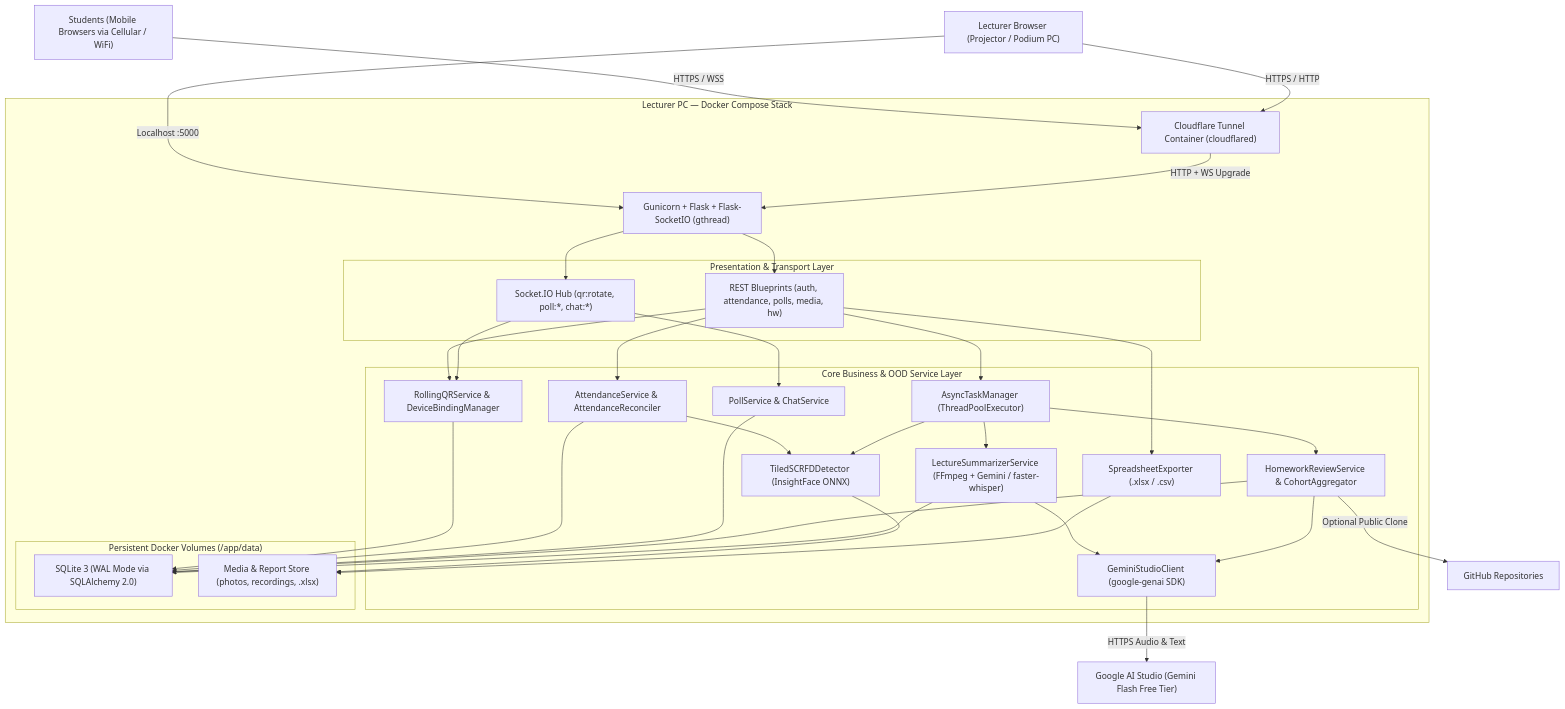
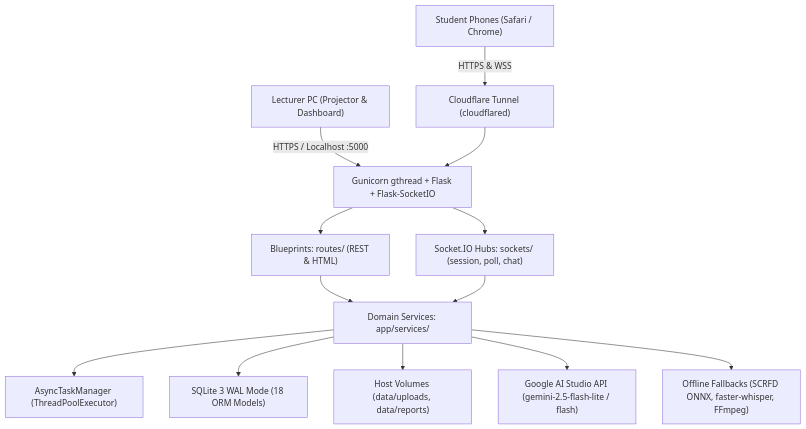
Before and after one commit to ohad-BN/Ex1: the first of 2 diagrams in docs/software_design_and_architecture.md, drawn with Mermaid. The commit also changed other lines of this file and 54 other files, not shown here.

````diff
--- a/docs/software_design_and_architecture.md
+++ b/docs/software_design_and_architecture.md
@@ -13,57 +12,18 @@
 ```mermaid
 flowchart TD
-    Students["Students (Mobile Browsers via Cellular / WiFi)"] -->|HTTPS / WSS| Tunnel["Cloudflare Tunnel Container (cloudflared)"]
-    Lecturer["Lecturer Browser (Projector / Podium PC)"] -->|HTTPS / HTTP| Tunnel
-    Lecturer -->|Localhost :5000| Gunicorn
+    Students["Student Phones (Safari / Chrome)"] -->|HTTPS & WSS| Tunnel["Cloudflare Tunnel (cloudflared)"]
+    Lecturer["Lecturer PC (Projector & Dashboard)"] -->|HTTPS / Localhost :5000| Gunicorn["Gunicorn gthread + Flask + Flask-SocketIO"]
+    Tunnel --> Gunicorn
 
-    subgraph DockerHost["Lecturer PC — Docker Compose Stack"]
-        Tunnel -->|HTTP + WS Upgrade| Gunicorn["Gunicorn + Flask + Flask-SocketIO (gthread)"]
+    Gunicorn --> Routes["Blueprints: routes/ (REST & HTML)"]
+    Gunicorn --> Sockets["Socket.IO Hubs: sockets/ (session, poll, chat)"]
 
-        subgraph WebLayer["Presentation & Transport Layer"]
-            Routes["REST Blueprints (auth, attendance, polls, media, hw)"]
-            Sockets["Socket.IO Hub (qr:rotate, poll:*, chat:*)"]
-        end
+    Routes --> Services["Domain Services: app/services/"]
+    Sockets --> Services
+    Services --> Tasks["AsyncTaskManager (ThreadPoolExecutor)"]
 
-        subgraph DomainServices["Core Business & OOD Service Layer"]
-            QR["RollingQRService & DeviceBindingManager"]
-            Attend["AttendanceService & AttendanceReconciler"]
-            Vision["TiledSCRFDDetector (InsightFace ONNX)"]
-            Report["SpreadsheetExporter (.xlsx / .csv)"]
-            Live["PollService & ChatService"]
-            Whisper["LectureSummarizerService (FFmpeg + Gemini / faster-whisper)"]
-            HW["HomeworkReviewService & CohortAggregator"]
-            LLM["GeminiStudioClient (google-genai SDK)"]
-            Tasks["AsyncTaskManager (ThreadPoolExecutor)"]
-        end
-
-        subgraph Storage["Persistent Docker Volumes (/app/data)"]
-            DB["SQLite 3 (WAL Mode via SQLAlchemy 2.0)"]
-            Files["Media & Report Store (photos, recordings, .xlsx)"]
-        end
-
-        Gunicorn --> Routes
-        Gunicorn --> Sockets
-        Routes --> QR
-        Routes --> Attend
-        Routes --> Report
-        Routes --> Tasks
-        Sockets --> QR
-        Sockets --> Live
-        Attend --> Vision
-        Tasks --> Vision
-        Tasks --> Whisper
-        Tasks --> HW
-        Whisper --> LLM
-        HW --> LLM
-        QR --> DB
-        Attend --> DB
-        Live --> DB
-        HW --> DB
-        Whisper --> DB
-        Vision --> Files
-        Report --> Files
-    end
-
-    LLM -->|HTTPS Audio & Text| GeminiAPI["Google AI Studio (Gemini Flash Free Tier)"]
-    HW -->|Optional Public Clone| GitHub["GitHub Repositories"]
+    Services --> DB["SQLite 3 WAL Mode (18 ORM Models)"]
+    Services --> Files["Host Volumes (data/uploads, data/reports)"]
+    Services --> Gemini["Google AI Studio API (gemini-2.5-flash-lite / flash)"]
+    Services --> LocalAI["Offline Fallbacks (SCRFD ONNX, faster-whisper, FFmpeg)"]
 ```
````
